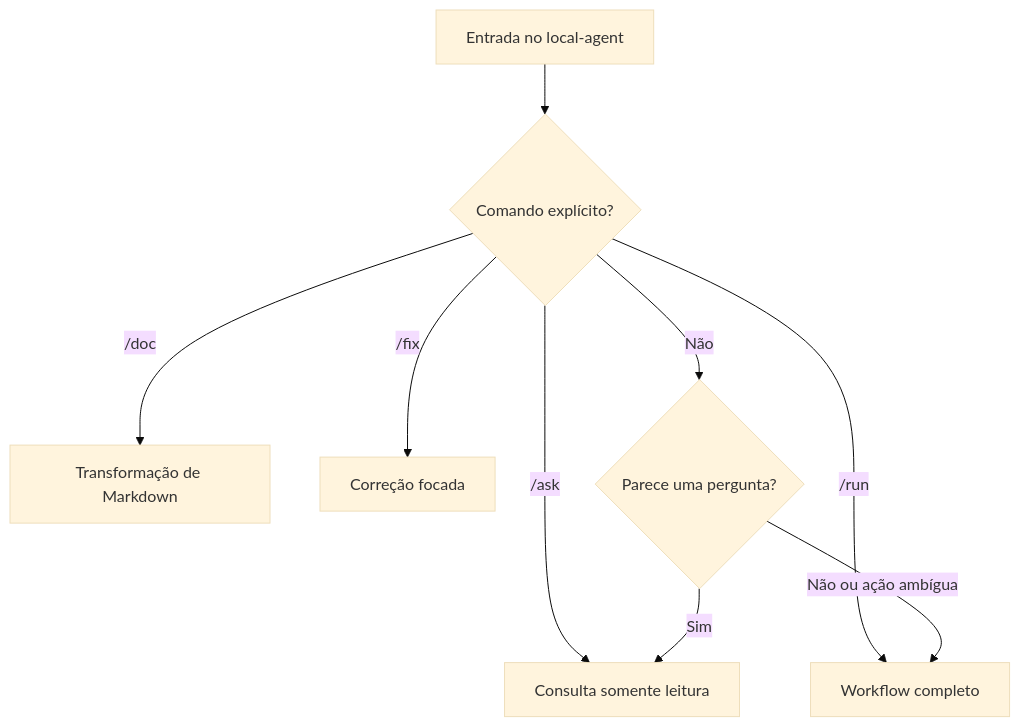
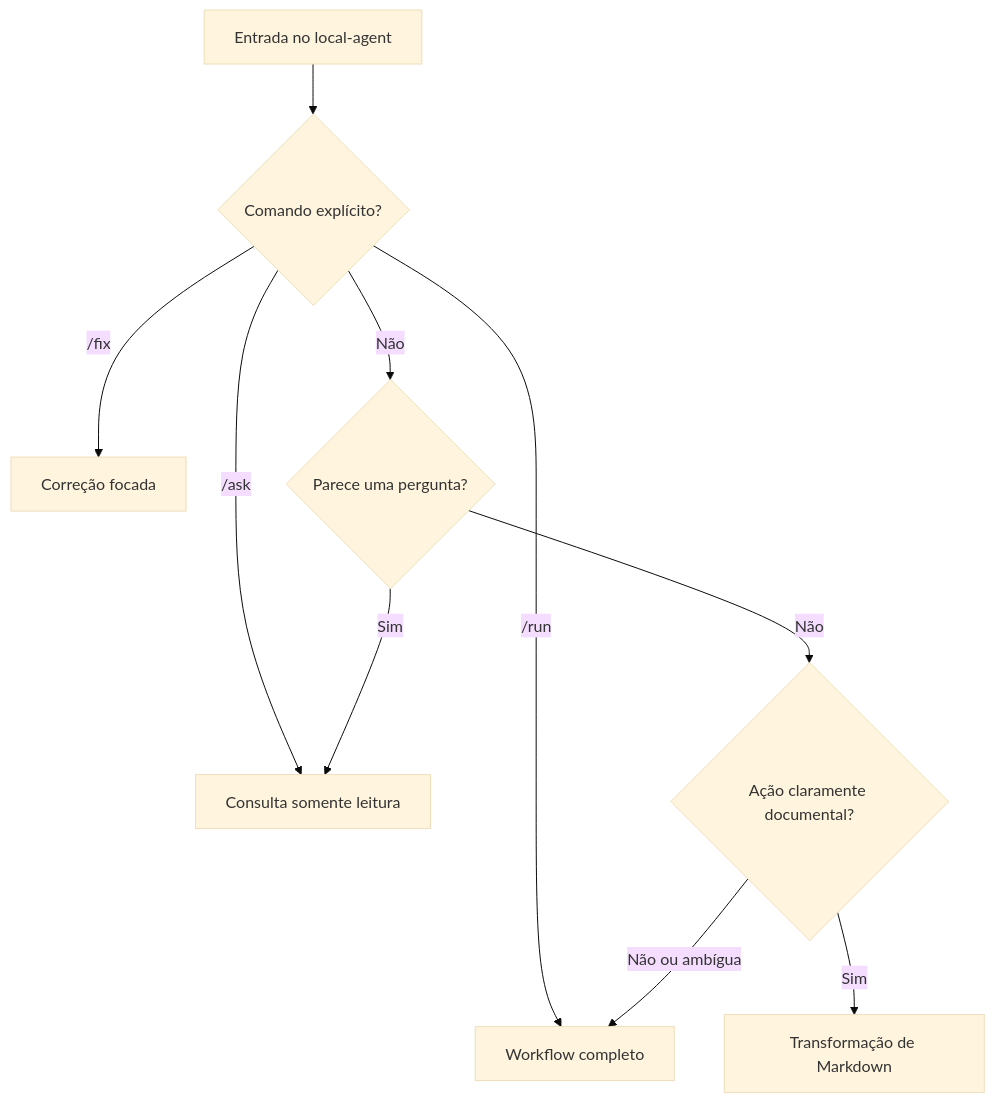
Before and after one commit to Igorx8/local-agent: the first of 7 diagrams in docs/workflow-diagrams.md, drawn with Mermaid (base theme). The commit also changed other lines of this file and 6 other files, not shown here.

````diff
--- a/docs/workflow-diagrams.md
+++ b/docs/workflow-diagrams.md
@@ -8,11 +8,12 @@
 ```mermaid
 flowchart TD
     A[Entrada no local-agent] --> B{Comando explícito?}
     B -->|/ask| ASK[Consulta somente leitura]
-    B -->|/doc| DOC[Transformação de Markdown]
     B -->|/fix| FIX[Correção focada]
     B -->|/run| RUN[Workflow completo]
     B -->|Não| C{Parece uma pergunta?}
     C -->|Sim| ASK
-    C -->|Não ou ação ambígua| RUN
+    C -->|Não| D{Ação claramente documental?}
+    D -->|Sim| DOC[Transformação de Markdown]
+    D -->|Não ou ambígua| RUN
 ```
````
